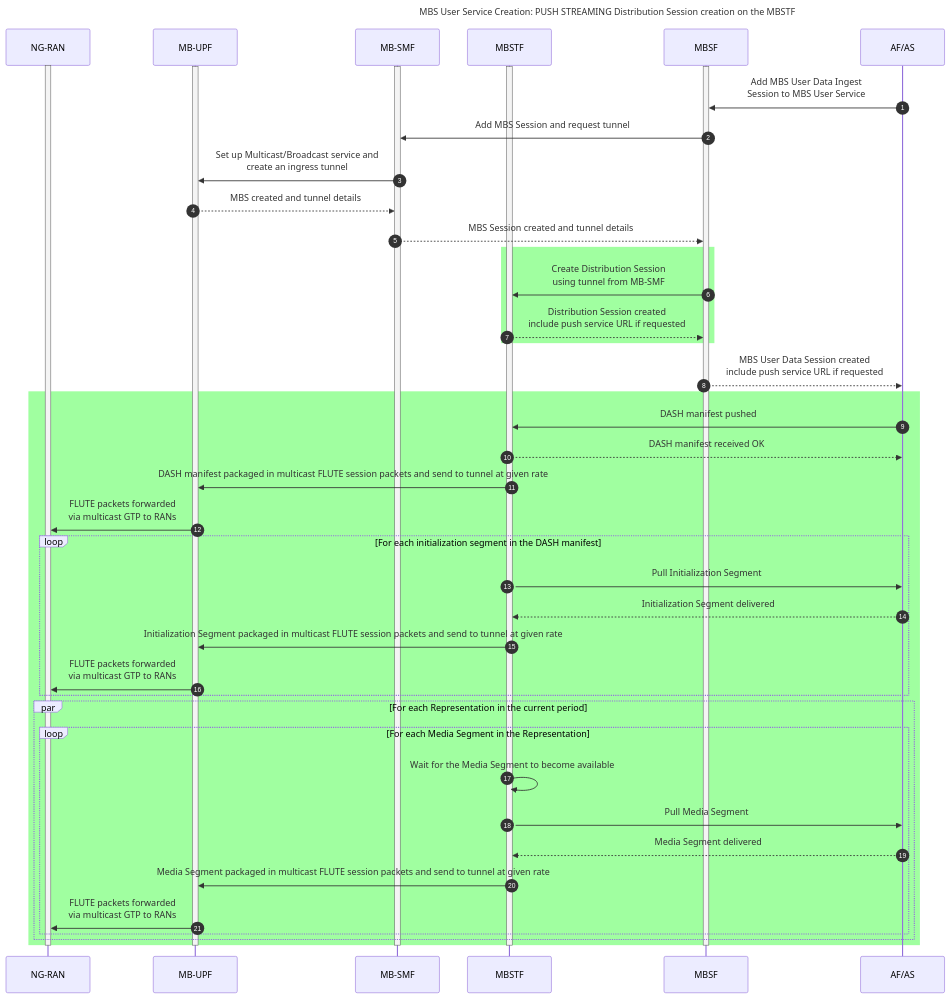
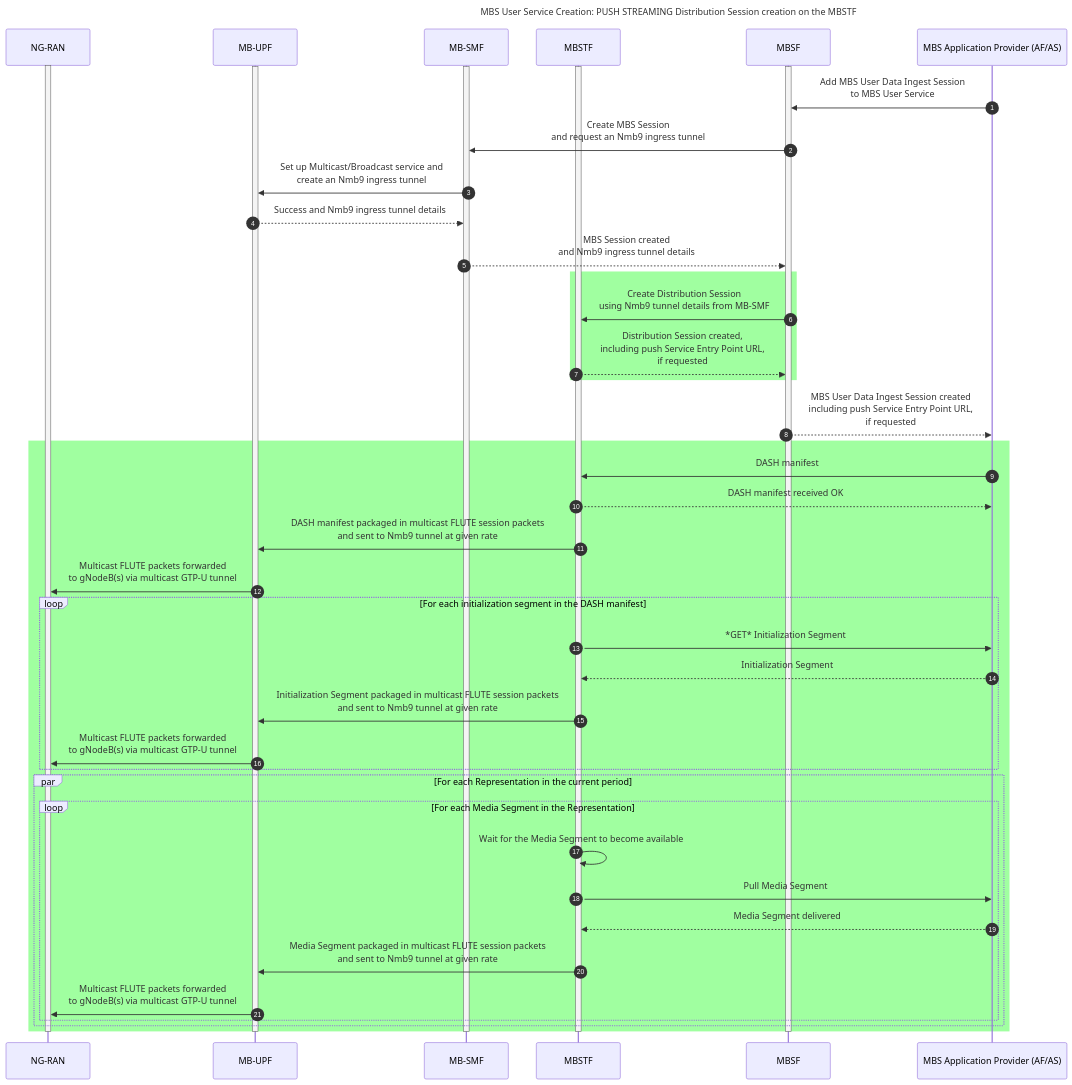
One commit to 5G-MAG/Getting-Started changed the sixth of 6 diagrams in pages/5g-multicast-broadcast-services/tutorials/mbstf.md. Above: the diagram before and after it, drawn with Mermaid. The commit also changed other lines of this file and 3 other files, not shown here.

````diff
--- a/pages/5g-multicast-broadcast-services/tutorials/mbstf.md
+++ b/pages/5g-multicast-broadcast-services/tutorials/mbstf.md
@@ -688,61 +692,61 @@
 ```mermaid
 ---
 title: "MBS User Service Creation: PUSH STREAMING Distribution Session creation on the MBSTF"
 config:
   themeCSS: |
     .loopLine { stroke-width: 4px; stroke-dasharray: 10,5; }
   sequence:
     showSequenceNumbers: true
 ---
 sequenceDiagram
   participant RAN as NG-RAN
   participant MBUPF as MB-UPF
   participant MBSMF as MB-SMF
   participant MBSTF
   participant MBSF
-  participant AP as AF/AS
+  participant AP as MBS Application Provider (AF/AS)
 
   activate RAN
   activate MBSMF
   activate MBUPF
   activate MBSF
   activate MBSTF
 
-  AP->>MBSF : Add MBS User Data Ingest<br/>Session to MBS User Service
-  MBSF->>MBSMF : Add MBS Session and request tunnel
-  MBSMF->>MBUPF : Set up Multicast/Broadcast service and<br/>create an ingress tunnel
-  MBUPF-->>MBSMF : MBS created and tunnel details
-  MBSMF-->>MBSF : MBS Session created and tunnel details
+  AP->>MBSF : Add MBS User Data Ingest Session<br/>to MBS User Service
+  MBSF->>MBSMF : Create MBS Session<br/>and request an Nmb9 ingress tunnel
+  MBSMF->>MBUPF : Set up Multicast/Broadcast service and<br/>create an Nmb9 ingress tunnel
+  MBUPF-->>MBSMF : Success and Nmb9 ingress tunnel details
+  MBSMF-->>MBSF : MBS Session created<br/>and Nmb9 ingress tunnel details
   rect rgb(160, 255, 160)
-    MBSF->>MBSTF : Create Distribution Session<br/>using tunnel from MB-SMF
-    MBSTF-->>MBSF : Distribution Session created<br/>include push service URL if requested
+    MBSF->>MBSTF : Create Distribution Session<br/>using Nmb9 tunnel details from MB-SMF
+    MBSTF-->>MBSF : Distribution Session created,<br/>including push Service Entry Point URL,<br/>if requested
   end
-  MBSF-->>AP : MBS User Data Session created<br/>include push service URL if requested
+  MBSF-->>AP : MBS User Data Ingest Session created<br/>including push Service Entry Point URL,<br/>if requested
   rect rgb(160, 255, 160)
-    AP->>MBSTF : DASH manifest pushed
+    AP->>MBSTF : DASH manifest
     MBSTF-->>AP : DASH manifest received OK
-    MBSTF->>MBUPF : DASH manifest packaged in multicast FLUTE session packets and send to tunnel at given rate
-    MBUPF->>RAN : FLUTE packets forwarded<br/>via multicast GTP to RANs
+    MBSTF->>MBUPF : DASH manifest packaged in multicast FLUTE session packets<br/>and sent to Nmb9 tunnel at given rate
+    MBUPF->>RAN : Multicast FLUTE packets forwarded<br/>to gNodeB(s) via multicast GTP-U tunnel
     loop For each initialization segment in the DASH manifest
-      MBSTF->>AP : Pull Initialization Segment
-      AP-->>MBSTF : Initialization Segment delivered
-      MBSTF->>MBUPF : Initialization Segment packaged in multicast FLUTE session packets and send to tunnel at given rate
-      MBUPF->>RAN : FLUTE packets forwarded<br/>via multicast GTP to RANs
+      MBSTF->>AP : *GET* Initialization Segment
+      AP-->>MBSTF : Initialization Segment
+      MBSTF->>MBUPF : Initialization Segment packaged in multicast FLUTE session packets<br/>and sent to Nmb9 tunnel at given rate
+      MBUPF->>RAN : Multicast FLUTE packets forwarded<br/>to gNodeB(s) via multicast GTP-U tunnel
     end
     par For each Representation in the current period
       loop For each Media Segment in the Representation
         MBSTF->>MBSTF : Wait for the Media Segment to become available
         MBSTF->>AP : Pull Media Segment
         AP-->>MBSTF : Media Segment delivered
-        MBSTF->>MBUPF : Media Segment packaged in multicast FLUTE session packets and send to tunnel at given rate
-        MBUPF->>RAN : FLUTE packets forwarded<br/>via multicast GTP to RANs
+        MBSTF->>MBUPF : Media Segment packaged in multicast FLUTE session packets<br/>and sent to Nmb9 tunnel at given rate
+        MBUPF->>RAN : Multicast FLUTE packets forwarded<br/>to gNodeB(s) via multicast GTP-U tunnel
       end
     end
   end
 
   deactivate MBSTF
   deactivate MBSF
   deactivate MBSMF
   deactivate MBUPF
   deactivate RAN
 ```
````
